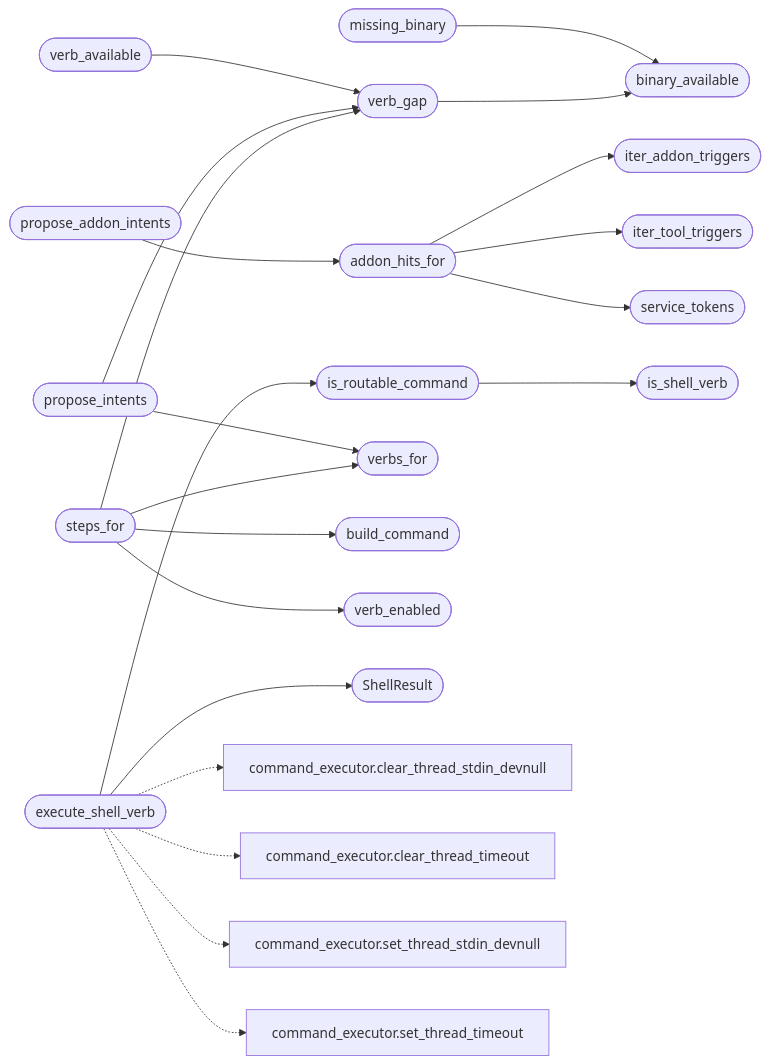
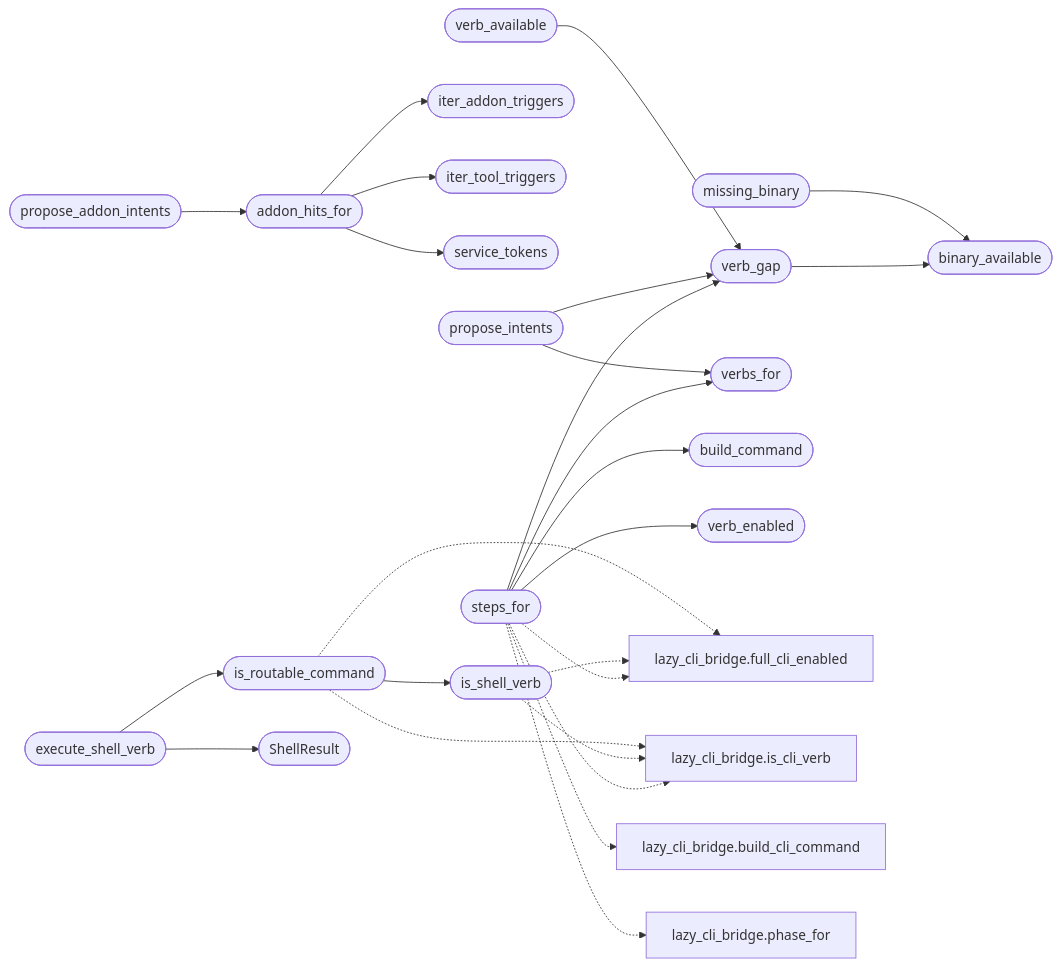
One commit to grisuno/LazyOwn changed the second of 2 diagrams in readmenator-apidocs/modules/modules.auto_registry.py.md. Above: the diagram before and after it, drawn with Mermaid. The commit also changed other lines of this file and 325 other files, not shown here.

````diff
--- a/readmenator-apidocs/modules/modules.auto_registry.py.md
+++ b/readmenator-apidocs/modules/modules.auto_registry.py.md
@@ -47,45 +47,49 @@
 ```mermaid
 flowchart LR
     n_modules_auto_registry_py__missing_binary(["missing_binary"])
     n_modules_auto_registry_py__binary_available(["binary_available"])
     n_modules_auto_registry_py__verb_gap(["verb_gap"])
     n_modules_auto_registry_py__verb_available(["verb_available"])
     n_modules_auto_registry_py__addon_hits_for(["addon_hits_for"])
     n_modules_auto_registry_py__iter_addon_triggers(["iter_addon_triggers"])
     n_modules_auto_registry_py__iter_tool_triggers(["iter_tool_triggers"])
     n_modules_auto_registry_py__service_tokens(["service_tokens"])
     n_modules_auto_registry_py__propose_addon_intents(["propose_addon_intents"])
     n_modules_auto_registry_py__is_routable_command(["is_routable_command"])
     n_modules_auto_registry_py__is_shell_verb(["is_shell_verb"])
     n_modules_auto_registry_py__propose_intents(["propose_intents"])
     n_modules_auto_registry_py__verbs_for(["verbs_for"])
     n_modules_auto_registry_py__steps_for(["steps_for"])
     n_modules_auto_registry_py__build_command(["build_command"])
     n_modules_auto_registry_py__verb_enabled(["verb_enabled"])
     n_modules_auto_registry_py__execute_shell_verb(["execute_shell_verb"])
     n_modules_auto_registry_py__ShellResult(["ShellResult"])
-    n_modules_command_executor_py__clear_thread_stdin_devnull["command_executor.clear_thread_stdin_devnull"]
-    n_modules_command_executor_py__clear_thread_timeout["command_executor.clear_thread_timeout"]
-    n_modules_command_executor_py__set_thread_stdin_devnull["command_executor.set_thread_stdin_devnull"]
-    n_modules_command_executor_py__set_thread_timeout["command_executor.set_thread_timeout"]
+    n_modules_lazy_cli_bridge_py__full_cli_enabled["lazy_cli_bridge.full_cli_enabled"]
+    n_modules_lazy_cli_bridge_py__is_cli_verb["lazy_cli_bridge.is_cli_verb"]
+    n_modules_lazy_cli_bridge_py__build_cli_command["lazy_cli_bridge.build_cli_command"]
+    n_modules_lazy_cli_bridge_py__phase_for["lazy_cli_bridge.phase_for"]
     n_modules_auto_registry_py__missing_binary --> n_modules_auto_registry_py__binary_available
     n_modules_auto_registry_py__verb_gap --> n_modules_auto_registry_py__binary_available
     n_modules_auto_registry_py__verb_available --> n_modules_auto_registry_py__verb_gap
     n_modules_auto_registry_py__addon_hits_for --> n_modules_auto_registry_py__iter_addon_triggers
     n_modules_auto_registry_py__addon_hits_for --> n_modules_auto_registry_py__iter_tool_triggers
     n_modules_auto_registry_py__addon_hits_for --> n_modules_auto_registry_py__service_tokens
     n_modules_auto_registry_py__propose_addon_intents --> n_modules_auto_registry_py__addon_hits_for
     n_modules_auto_registry_py__is_routable_command --> n_modules_auto_registry_py__is_shell_verb
     n_modules_auto_registry_py__propose_intents --> n_modules_auto_registry_py__verb_gap
     n_modules_auto_registry_py__propose_intents --> n_modules_auto_registry_py__verbs_for
     n_modules_auto_registry_py__steps_for --> n_modules_auto_registry_py__build_command
     n_modules_auto_registry_py__steps_for --> n_modules_auto_registry_py__verb_enabled
     n_modules_auto_registry_py__steps_for --> n_modules_auto_registry_py__verb_gap
     n_modules_auto_registry_py__steps_for --> n_modules_auto_registry_py__verbs_for
     n_modules_auto_registry_py__execute_shell_verb --> n_modules_auto_registry_py__ShellResult
     n_modules_auto_registry_py__execute_shell_verb --> n_modules_auto_registry_py__is_routable_command
-    n_modules_auto_registry_py__execute_shell_verb -.-> n_modules_command_executor_py__clear_thread_stdin_devnull
-    n_modules_auto_registry_py__execute_shell_verb -.-> n_modules_command_executor_py__clear_thread_timeout
-    n_modules_auto_registry_py__execute_shell_verb -.-> n_modules_command_executor_py__set_thread_stdin_devnull
-    n_modules_auto_registry_py__execute_shell_verb -.-> n_modules_command_executor_py__set_thread_timeout
+    n_modules_auto_registry_py__is_routable_command -.-> n_modules_lazy_cli_bridge_py__full_cli_enabled
+    n_modules_auto_registry_py__is_routable_command -.-> n_modules_lazy_cli_bridge_py__is_cli_verb
+    n_modules_auto_registry_py__is_shell_verb -.-> n_modules_lazy_cli_bridge_py__full_cli_enabled
+    n_modules_auto_registry_py__is_shell_verb -.-> n_modules_lazy_cli_bridge_py__is_cli_verb
+    n_modules_auto_registry_py__steps_for -.-> n_modules_lazy_cli_bridge_py__build_cli_command
+    n_modules_auto_registry_py__steps_for -.-> n_modules_lazy_cli_bridge_py__full_cli_enabled
+    n_modules_auto_registry_py__steps_for -.-> n_modules_lazy_cli_bridge_py__is_cli_verb
+    n_modules_auto_registry_py__steps_for -.-> n_modules_lazy_cli_bridge_py__phase_for
 ```
````
